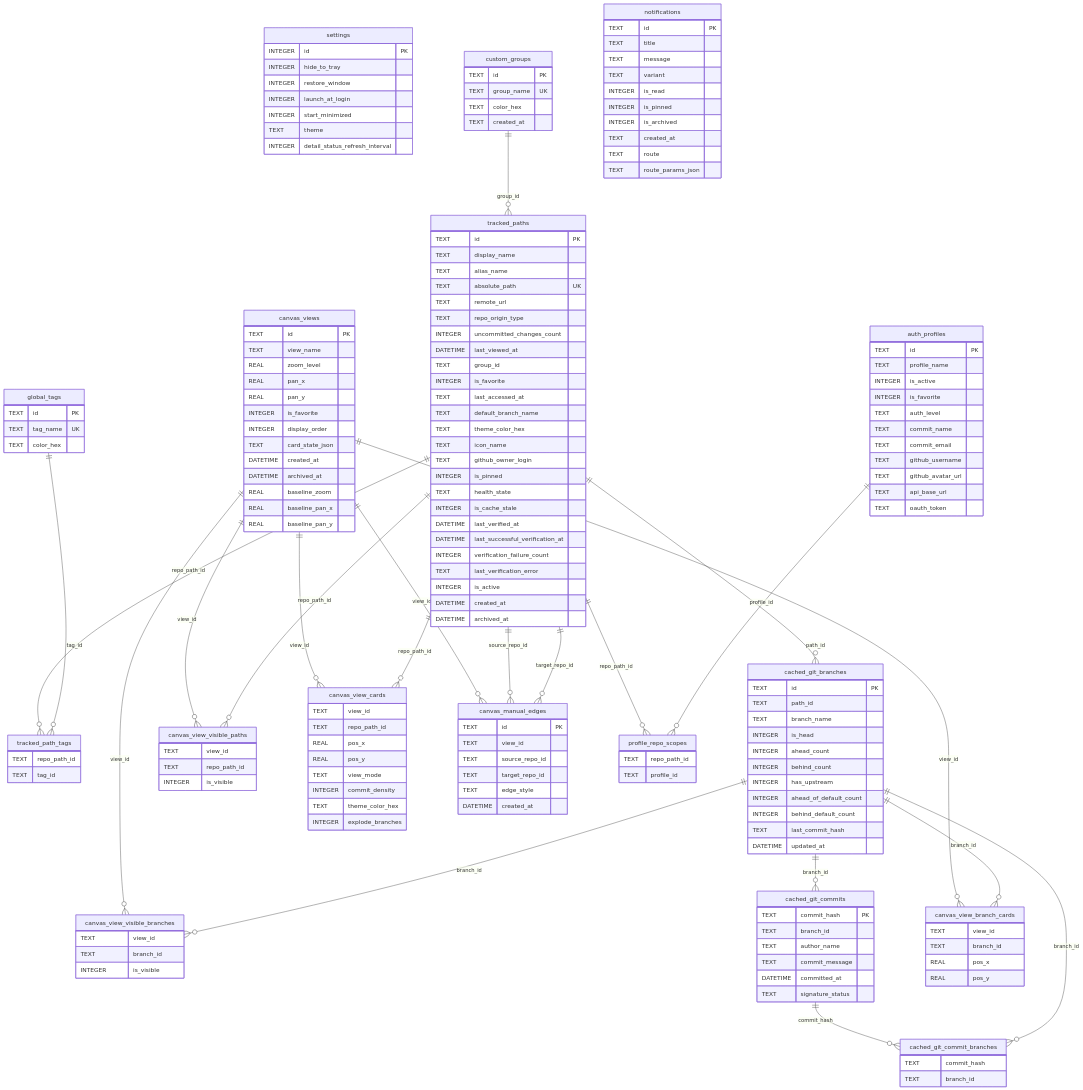
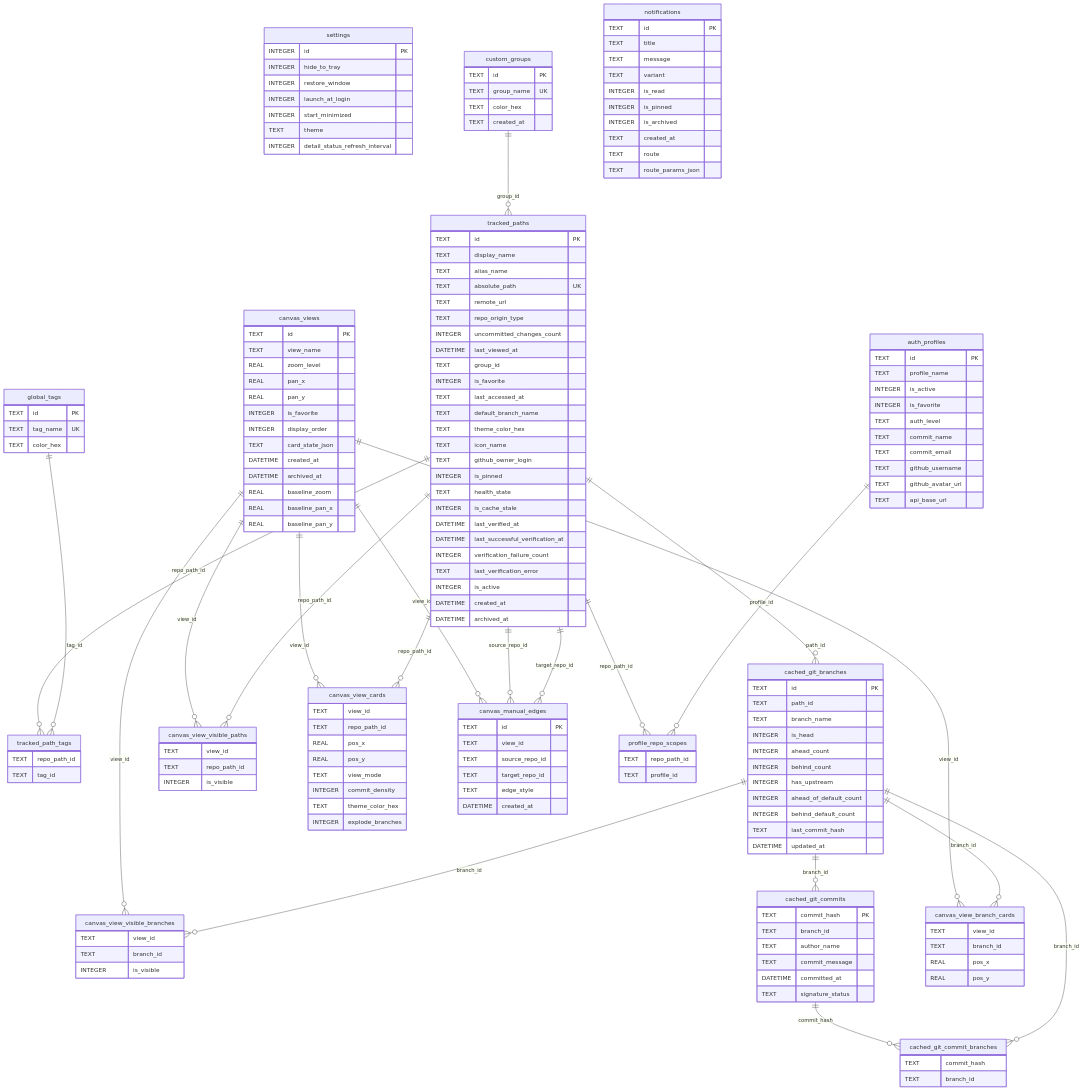
The diagram in docs/Database.md (ChefMooon/branch-schematic), drawn with Mermaid before and after one commit. The commit also changed 22 other files, not shown here.

```diff
--- a/docs/Database.md
+++ b/docs/Database.md
@@ -169,7 +169,6 @@
         TEXT github_username
         TEXT github_avatar_url
         TEXT api_base_url
-        TEXT oauth_token
     }
 
     profile_repo_scopes {
```
